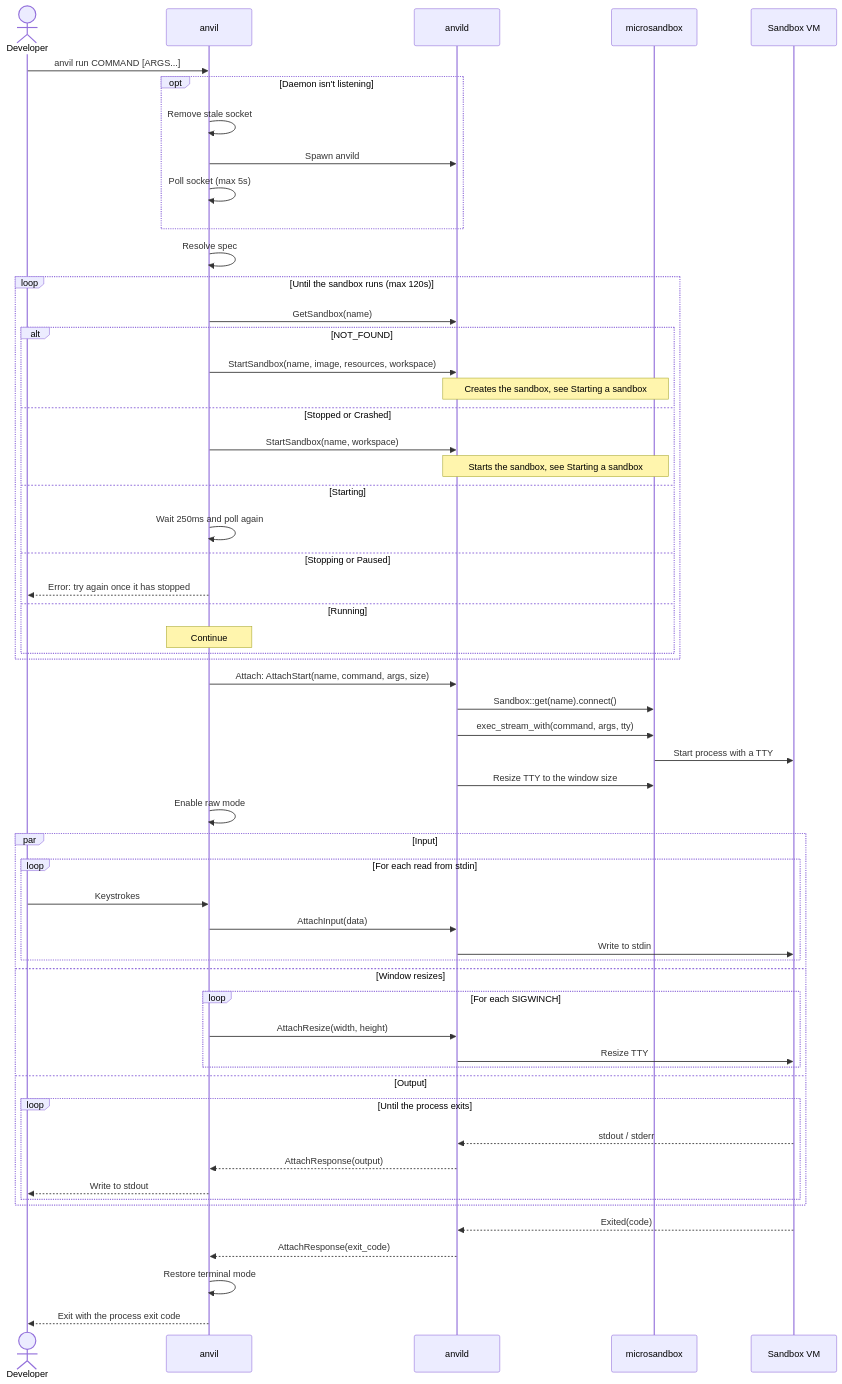
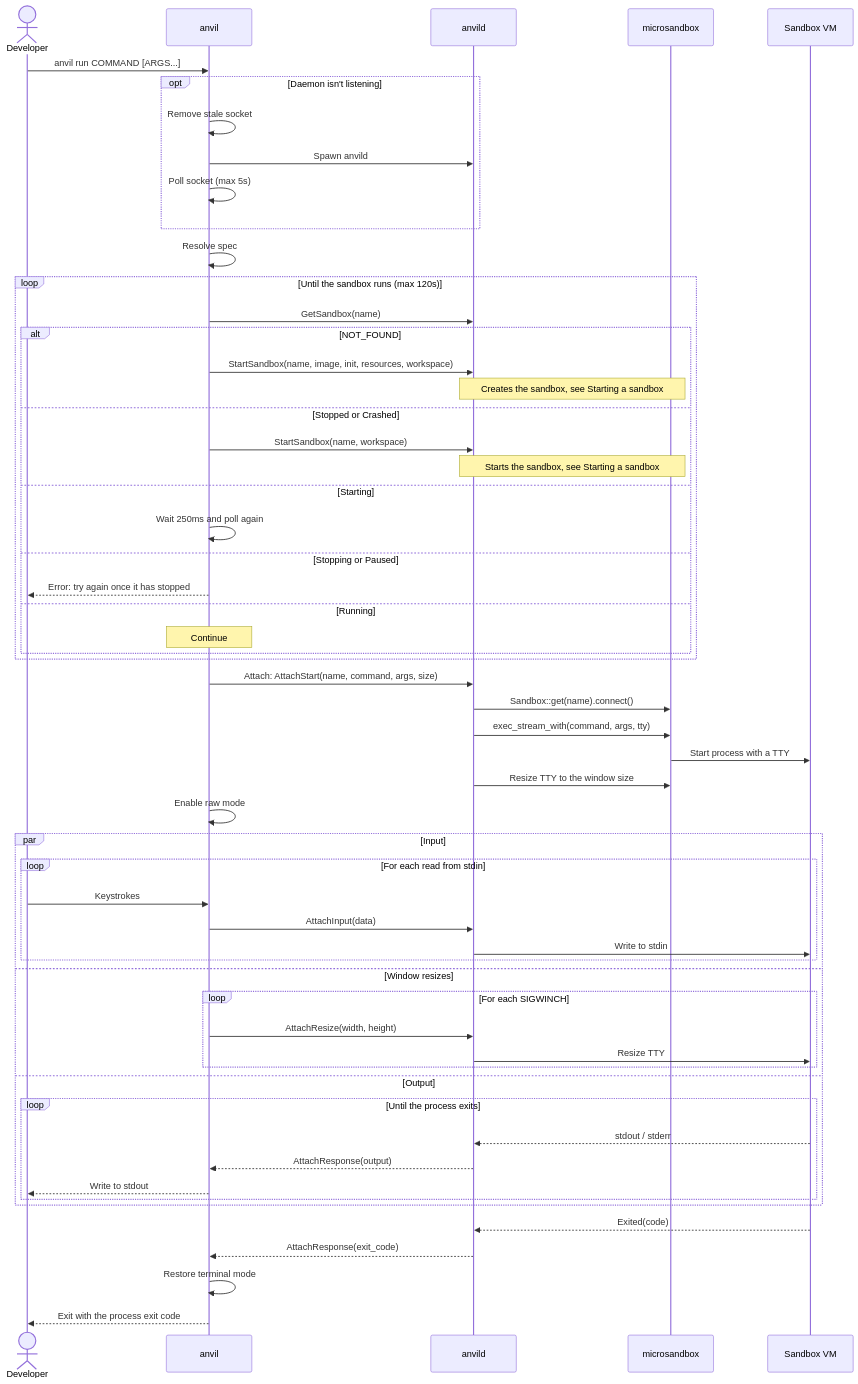
Before and after one commit to wmeints/anvil: the first of 5 diagrams in docs/architecture/06-runtime-view.md, drawn with Mermaid. The commit also changed other lines of this file and 10 other files, not shown here.

First line of the commit message:
feat(spec): add an init setting to control the image's init

````diff
--- a/docs/architecture/06-runtime-view.md
+++ b/docs/architecture/06-runtime-view.md
@@ -24,64 +24,64 @@
 ```mermaid
 sequenceDiagram
     actor Dev as Developer
     participant CLI as anvil
     participant D as anvild
     participant MS as microsandbox
     participant VM as Sandbox VM
 
     Dev->>CLI: anvil run COMMAND [ARGS...]
     opt Daemon isn't listening
         CLI->>CLI: Remove stale socket
         CLI->>D: Spawn anvild
         CLI->>CLI: Poll socket (max 5s)
     end
     CLI->>CLI: Resolve spec
 
     loop Until the sandbox runs (max 120s)
         CLI->>D: GetSandbox(name)
         alt NOT_FOUND
-            CLI->>D: StartSandbox(name, image, resources, workspace)
+            CLI->>D: StartSandbox(name, image, init, resources, workspace)
             Note over D,MS: Creates the sandbox, see Starting a sandbox
         else Stopped or Crashed
             CLI->>D: StartSandbox(name, workspace)
             Note over D,MS: Starts the sandbox, see Starting a sandbox
         else Starting
             CLI->>CLI: Wait 250ms and poll again
         else Stopping or Paused
             CLI-->>Dev: Error: try again once it has stopped
         else Running
             Note over CLI: Continue
         end
     end
 
     CLI->>D: Attach: AttachStart(name, command, args, size)
     D->>MS: Sandbox::get(name).connect()
     D->>MS: exec_stream_with(command, args, tty)
     MS->>VM: Start process with a TTY
     D->>MS: Resize TTY to the window size
     CLI->>CLI: Enable raw mode
 
     par Input
         loop For each read from stdin
             Dev->>CLI: Keystrokes
             CLI->>D: AttachInput(data)
             D->>VM: Write to stdin
         end
     and Window resizes
         loop For each SIGWINCH
             CLI->>D: AttachResize(width, height)
             D->>VM: Resize TTY
         end
     and Output
         loop Until the process exits
             VM-->>D: stdout / stderr
             D-->>CLI: AttachResponse(output)
             CLI-->>Dev: Write to stdout
         end
     end
 
     VM-->>D: Exited(code)
     D-->>CLI: AttachResponse(exit_code)
     CLI->>CLI: Restore terminal mode
     CLI-->>Dev: Exit with the process exit code
 ```
````
